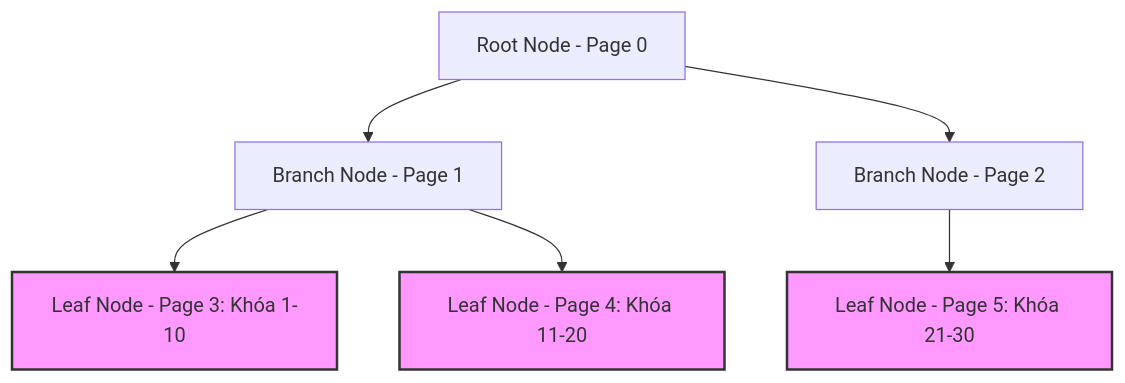
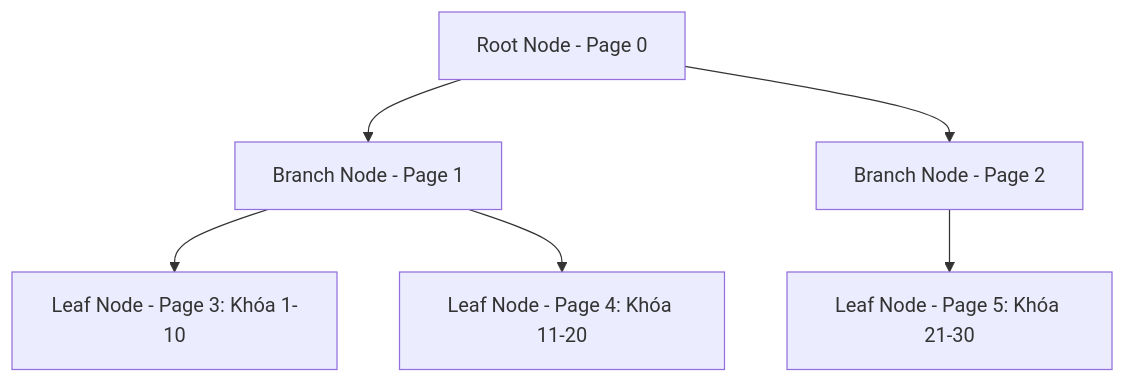
One commit to kythuatdulieu/kythuatdulieu.github.io changed the first of 2 diagrams in src/content/docs/concepts/3-storage-engines-formats/b-tree-vs-lsm-tree.md. Above: the diagram before and after it, drawn with Mermaid. The commit also changed other lines of this file and 686 other files, not shown here.

````diff
--- a/src/content/docs/concepts/3-storage-engines-formats/b-tree-vs-lsm-tree.md
+++ b/src/content/docs/concepts/3-storage-engines-formats/b-tree-vs-lsm-tree.md
@@ -36,12 +36,11 @@
 ```mermaid
 graph TD
     Root["Root Node - Page 0"] --> Branch1["Branch Node - Page 1"]
     Root --> Branch2["Branch Node - Page 2"]
     Branch1 --> Leaf1["Leaf Node - Page 3: Khóa 1-10"]
     Branch1 --> Leaf2["Leaf Node - Page 4: Khóa 11-20"]
     Branch2 --> Leaf3["Leaf Node - Page 5: Khóa 21-30"]
-    
-    style Leaf1 fill:#f9f,stroke:#333,stroke-width:2px
-    style Leaf2 fill:#f9f,stroke:#333,stroke-width:2px
-    style Leaf3 fill:#f9f,stroke:#333,stroke-width:2px
+
+
+
 ```
````
